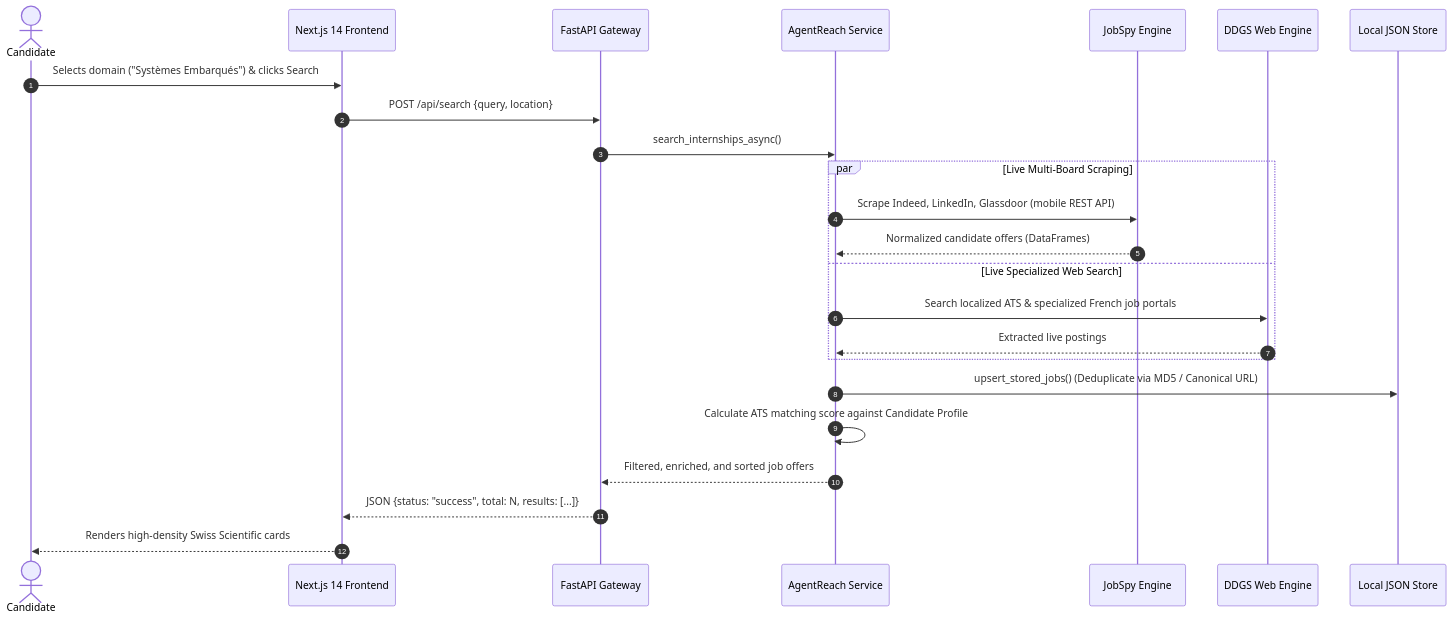
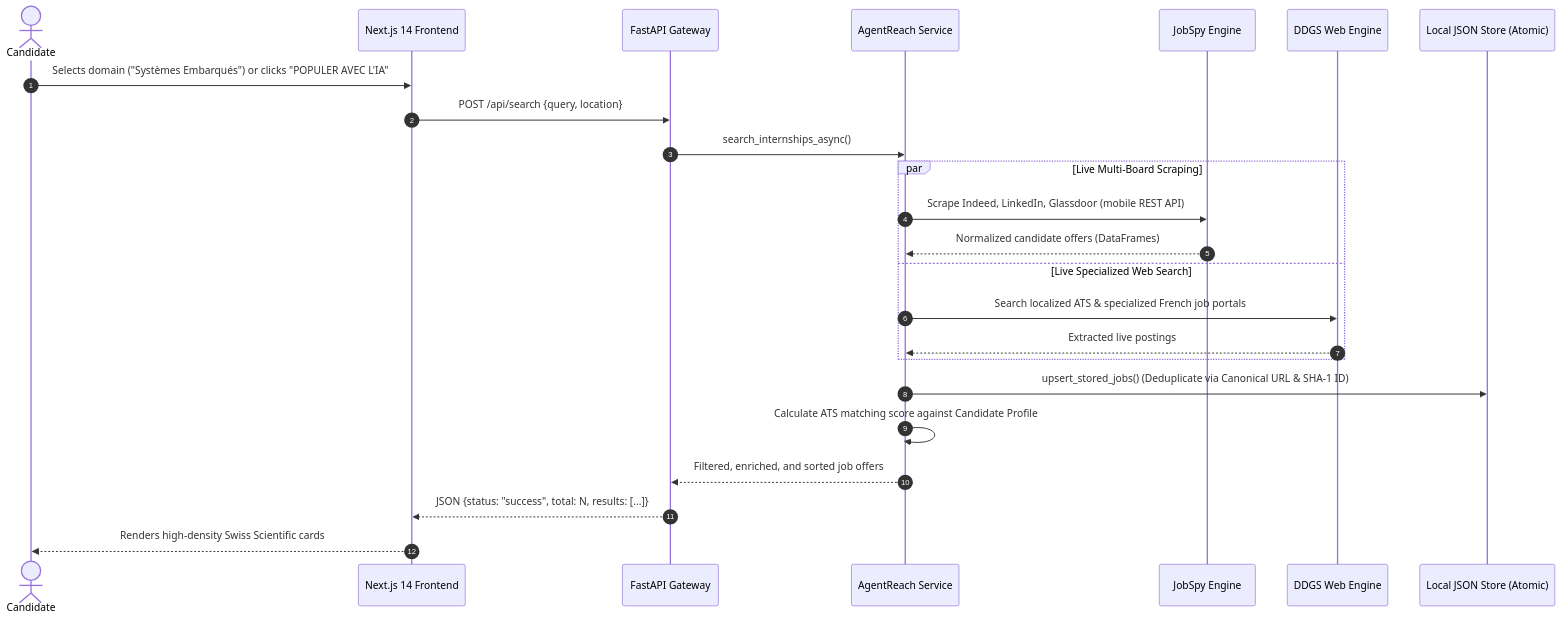
One commit to AladinAzz/intern-reach changed the second of 3 diagrams in docs/ARCHITECTURE.md. Above: the diagram before and after it, drawn with Mermaid. The commit also changed other lines of this file and 5 other files, not shown here.

Commit message:
docs: update README, ARCHITECTURE, API, CHANGELOG, and add ADR-004 per documentation-templates

````diff
--- a/docs/ARCHITECTURE.md
+++ b/docs/ARCHITECTURE.md
@@ -68,29 +68,29 @@
 ```mermaid
 sequenceDiagram
     autonumber
-    actor Diner as Candidate
+    actor Candidate as Candidate
     participant UI as Next.js 14 Frontend
     participant API as FastAPI Gateway
     participant Reach as AgentReach Service
     participant JobSpy as JobSpy Engine
     participant DDGS as DDGS Web Engine
-    participant Storage as Local JSON Store
+    participant Storage as Local JSON Store (Atomic)
 
-    Diner->>UI: Selects domain ("Systèmes Embarqués") & clicks Search
+    Candidate->>UI: Selects domain ("Systèmes Embarqués") or clicks "POPULER AVEC L'IA"
     UI->>API: POST /api/search {query, location}
     API->>Reach: search_internships_async()
     
     par Live Multi-Board Scraping
         Reach->>JobSpy: Scrape Indeed, LinkedIn, Glassdoor (mobile REST API)
         JobSpy-->>Reach: Normalized candidate offers (DataFrames)
     and Live Specialized Web Search
         Reach->>DDGS: Search localized ATS & specialized French job portals
         DDGS-->>Reach: Extracted live postings
     end
 
-    Reach->>Storage: upsert_stored_jobs() (Deduplicate via MD5 / Canonical URL)
+    Reach->>Storage: upsert_stored_jobs() (Deduplicate via Canonical URL & SHA-1 ID)
     Reach->>Reach: Calculate ATS matching score against Candidate Profile
     Reach-->>API: Filtered, enriched, and sorted job offers
     API-->>UI: JSON {status: "success", total: N, results: [...]}
-    UI-->>Diner: Renders high-density Swiss Scientific cards
+    UI-->>Candidate: Renders high-density Swiss Scientific cards
 ```
````
